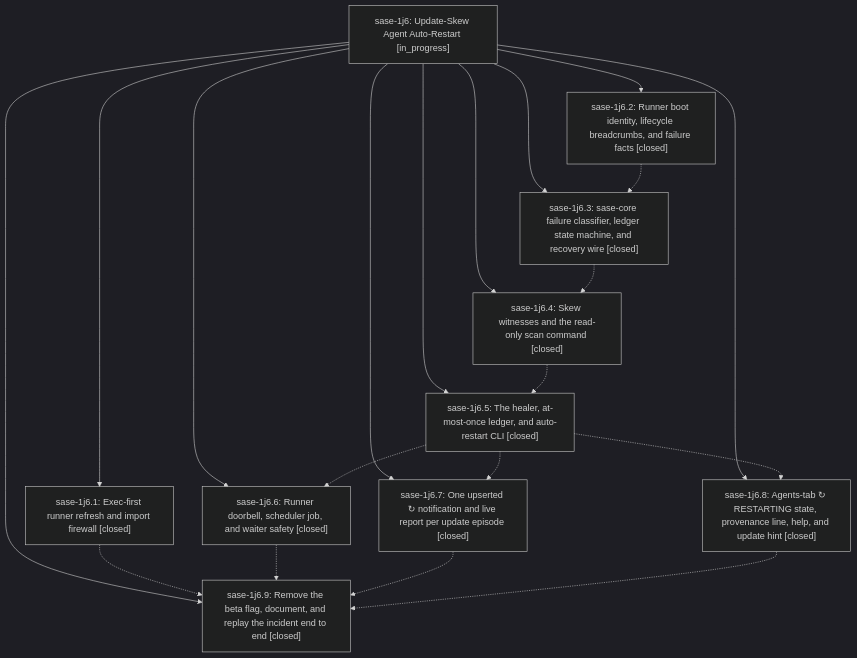
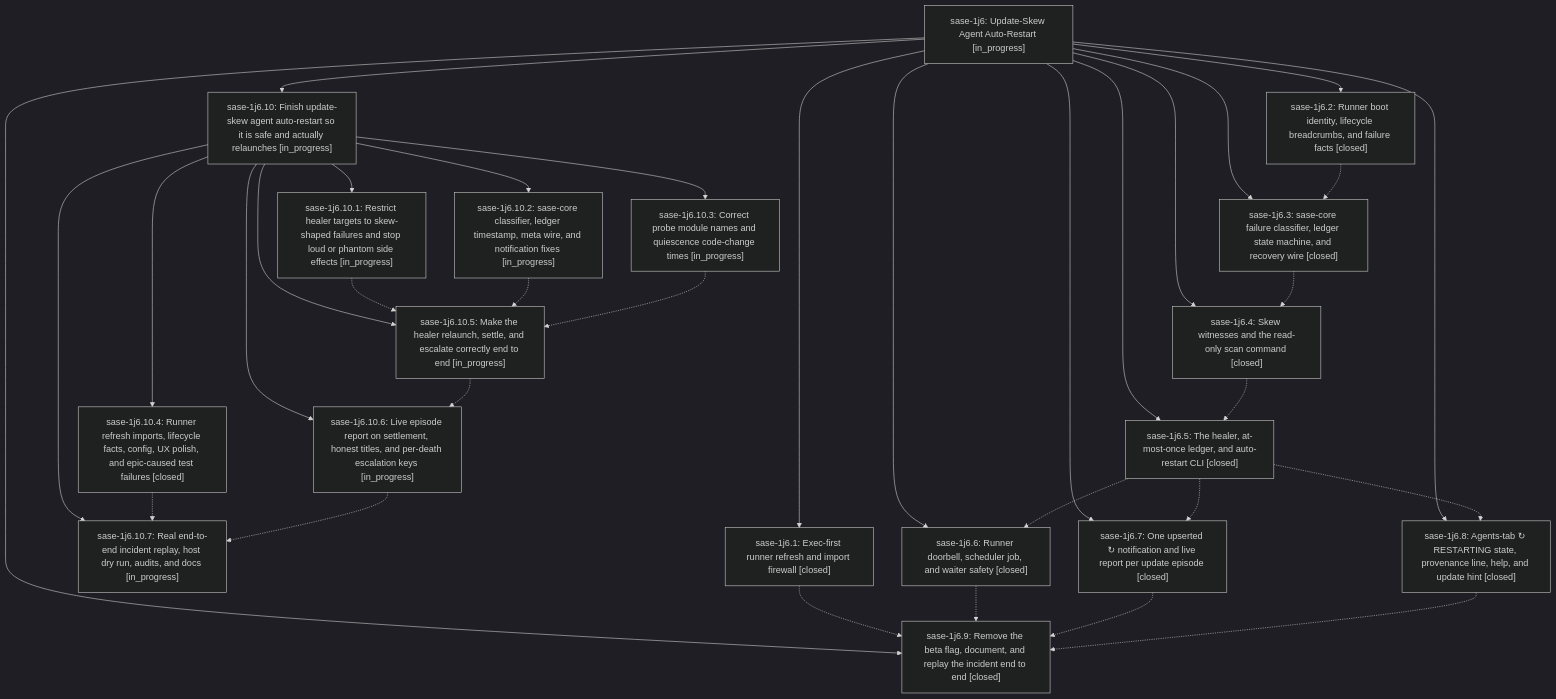
One commit to sase-org/sase--beads changed the diagram in pages/sase-1j6/README.md. Above: the diagram before and after it, drawn with Mermaid (dark theme). The commit also changed other lines of this file and 9 other files, not shown here.

````diff
--- a/pages/sase-1j6/README.md
+++ b/pages/sase-1j6/README.md
@@ -44,32 +50,54 @@
 ```mermaid
 flowchart TD
     n0["sase-1j6: Update-Skew Agent Auto-Restart [in_progress]"]
     n1["sase-1j6.1: Exec-first runner refresh and import firewall [closed]"]
-    n2["sase-1j6.2: Runner boot identity, lifecycle breadcrumbs, and failure facts [closed]"]
-    n3["sase-1j6.3: sase-core failure classifier, ledger state machine, and recovery wire [closed]"]
-    n4["sase-1j6.4: Skew witnesses and the read-only scan command [closed]"]
-    n5["sase-1j6.5: The healer, at-most-once ledger, and auto-restart CLI [closed]"]
-    n6["sase-1j6.6: Runner doorbell, scheduler job, and waiter safety [closed]"]
-    n7["sase-1j6.7: One upserted ↻ notification and live report per update episode [closed]"]
-    n8["sase-1j6.8: Agents-tab ↻ RESTARTING state, provenance line, help, and update hint [closed]"]
-    n9["sase-1j6.9: Remove the beta flag, document, and replay the incident end to end [closed]"]
+    n2["sase-1j6.10: Finish update-skew agent auto-restart so it is safe and actually relaunches [in_progress]"]
+    n3["sase-1j6.10.1: Restrict healer targets to skew-shaped failures and stop loud or phantom side effects [in_progress]"]
+    n4["sase-1j6.10.2: sase-core classifier, ledger timestamp, meta wire, and notification fixes [in_progress]"]
+    n5["sase-1j6.10.3: Correct probe module names and quiescence code-change times [in_progress]"]
+    n6["sase-1j6.10.4: Runner refresh imports, lifecycle facts, config, UX polish, and epic-caused test failures [closed]"]
+    n7["sase-1j6.10.5: Make the healer relaunch, settle, and escalate correctly end to end [in_progress]"]
+    n8["sase-1j6.10.6: Live episode report on settlement, honest titles, and per-death escalation keys [in_progress]"]
+    n9["sase-1j6.10.7: Real end-to-end incident replay, host dry run, audits, and docs [in_progress]"]
+    n10["sase-1j6.2: Runner boot identity, lifecycle breadcrumbs, and failure facts [closed]"]
+    n11["sase-1j6.3: sase-core failure classifier, ledger state machine, and recovery wire [closed]"]
+    n12["sase-1j6.4: Skew witnesses and the read-only scan command [closed]"]
+    n13["sase-1j6.5: The healer, at-most-once ledger, and auto-restart CLI [closed]"]
+    n14["sase-1j6.6: Runner doorbell, scheduler job, and waiter safety [closed]"]
+    n15["sase-1j6.7: One upserted ↻ notification and live report per update episode [closed]"]
+    n16["sase-1j6.8: Agents-tab ↻ RESTARTING state, provenance line, help, and update hint [closed]"]
+    n17["sase-1j6.9: Remove the beta flag, document, and replay the incident end to end [closed]"]
     n0 --> n1
     n0 --> n2
-    n0 --> n3
-    n0 --> n4
-    n0 --> n5
-    n0 --> n6
-    n0 --> n7
-    n0 --> n8
-    n0 --> n9
-    n1 -.-> n9
-    n2 -.-> n3
-    n3 -.-> n4
-    n4 -.-> n5
-    n5 -.-> n6
+    n2 --> n3
+    n2 --> n4
+    n2 --> n5
+    n2 --> n6
+    n2 --> n7
+    n2 --> n8
+    n2 --> n9
+    n0 --> n10
+    n0 --> n11
+    n0 --> n12
+    n0 --> n13
+    n0 --> n14
+    n0 --> n15
+    n0 --> n16
+    n0 --> n17
+    n1 -.-> n17
+    n3 -.-> n7
+    n4 -.-> n7
     n5 -.-> n7
-    n5 -.-> n8
     n6 -.-> n9
-    n7 -.-> n9
+    n7 -.-> n8
     n8 -.-> n9
+    n10 -.-> n11
+    n11 -.-> n12
+    n12 -.-> n13
+    n13 -.-> n14
+    n13 -.-> n15
+    n13 -.-> n16
+    n14 -.-> n17
+    n15 -.-> n17
+    n16 -.-> n17
 ```
````
